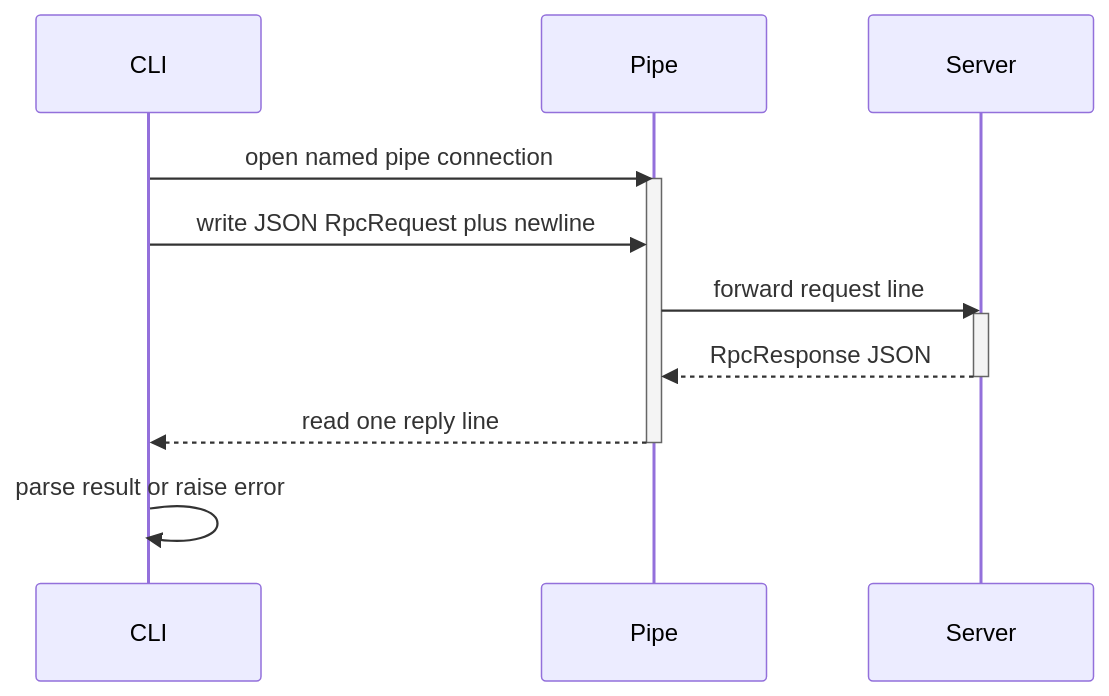
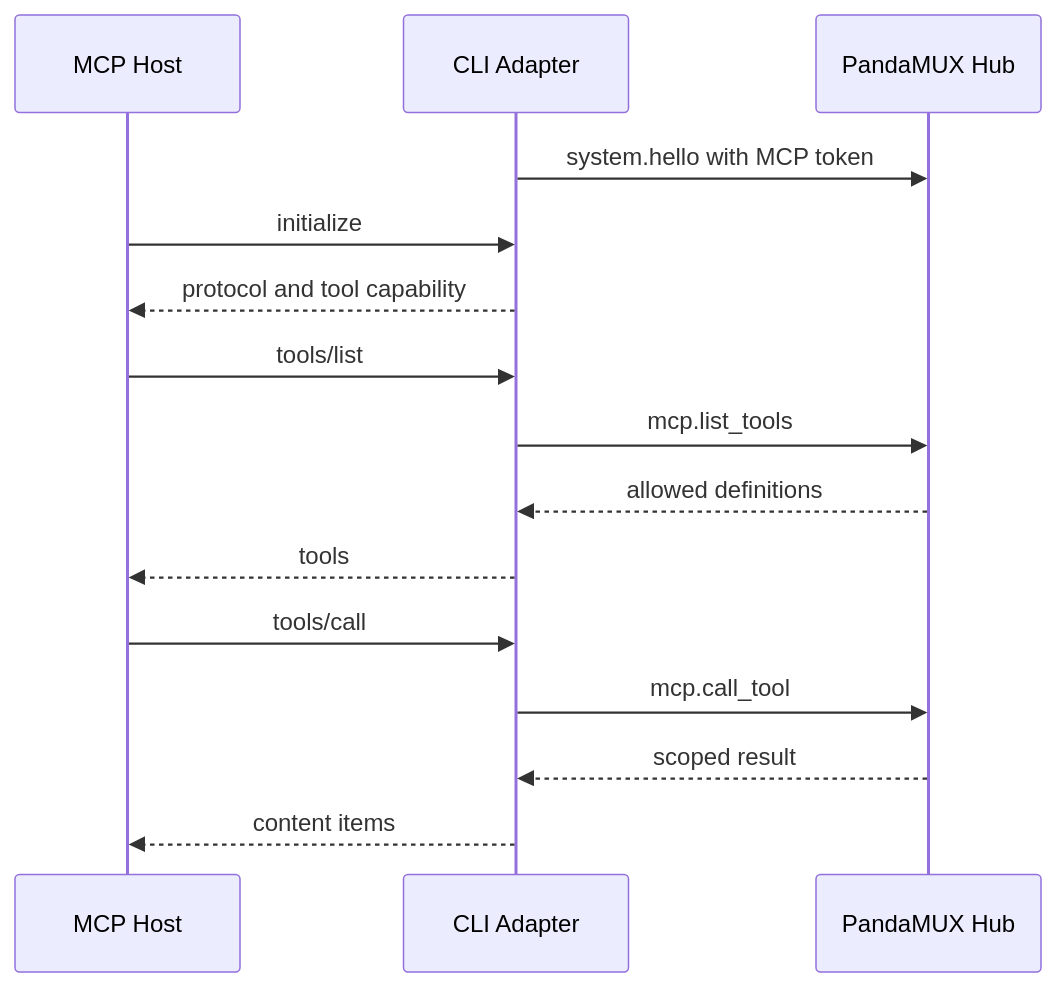
One commit to BoardPandas/Pandamux changed the diagram in docs/api/CLI_REFERENCE.md. Above: the diagram before and after it, drawn with Mermaid. The commit also changed other lines of this file and 25 other files, not shown here.

First line of the commit message:
docs: rebuild current architecture wiki

````diff
--- a/docs/api/CLI_REFERENCE.md
+++ b/docs/api/CLI_REFERENCE.md
@@ -66,17 +121,18 @@
 ```mermaid
 sequenceDiagram
-    participant CLI
-    participant Pipe
-    participant Server
+    participant Host as MCP Host
+    participant CLI as CLI Adapter
+    participant Hub as PandaMUX Hub
 
-    CLI->>Pipe: open named pipe connection
-    activate Pipe
-    CLI->>Pipe: write JSON RpcRequest plus newline
-    Pipe->>Server: forward request line
-    activate Server
-    Server-->>Pipe: RpcResponse JSON
-    deactivate Server
-    Pipe-->>CLI: read one reply line
-    deactivate Pipe
-    CLI->>CLI: parse result or raise error
+    CLI->>Hub: system.hello with MCP token
+    Host->>CLI: initialize
+    CLI-->>Host: protocol and tool capability
+    Host->>CLI: tools/list
+    CLI->>Hub: mcp.list_tools
+    Hub-->>CLI: allowed definitions
+    CLI-->>Host: tools
+    Host->>CLI: tools/call
+    CLI->>Hub: mcp.call_tool
+    Hub-->>CLI: scoped result
+    CLI-->>Host: content items
 ```
````
